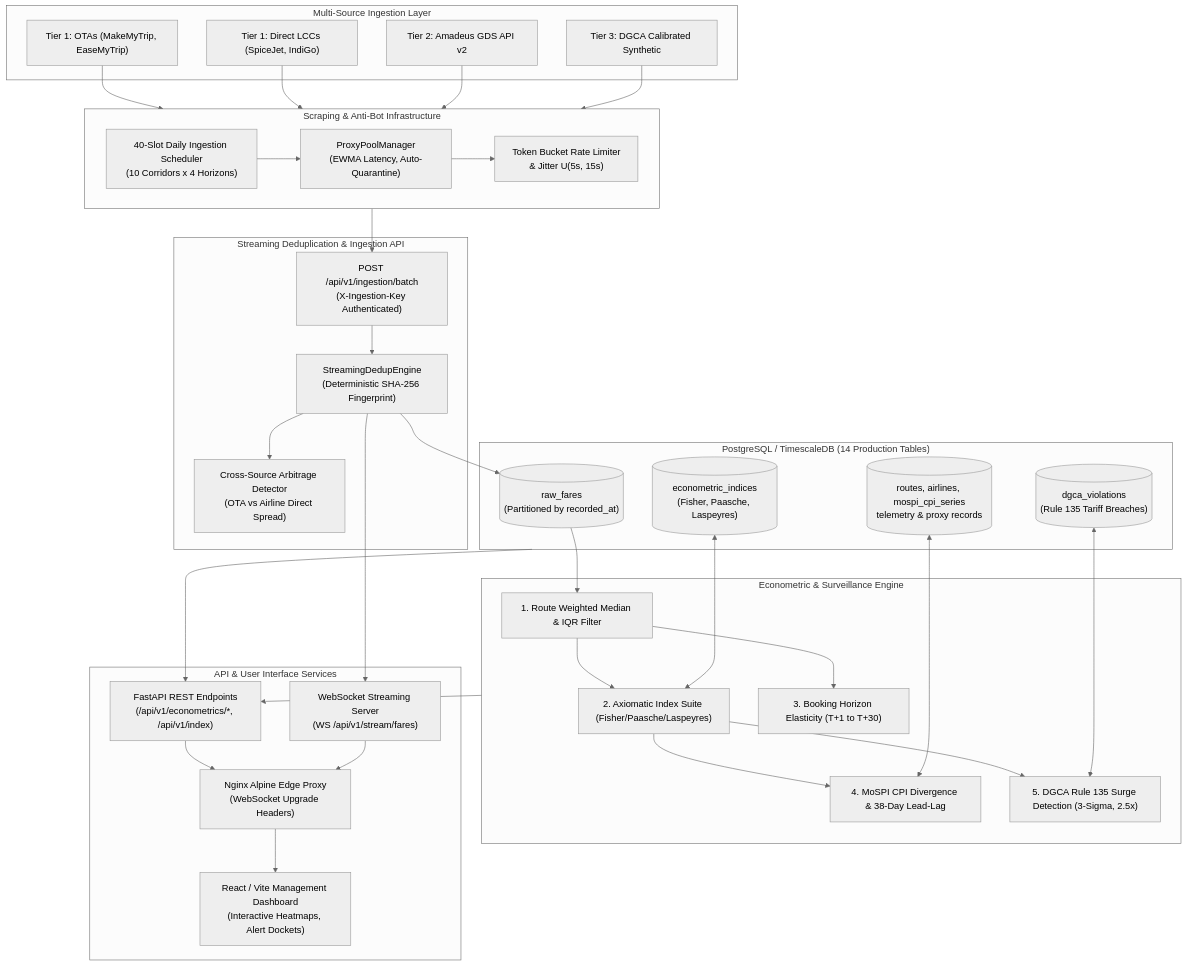
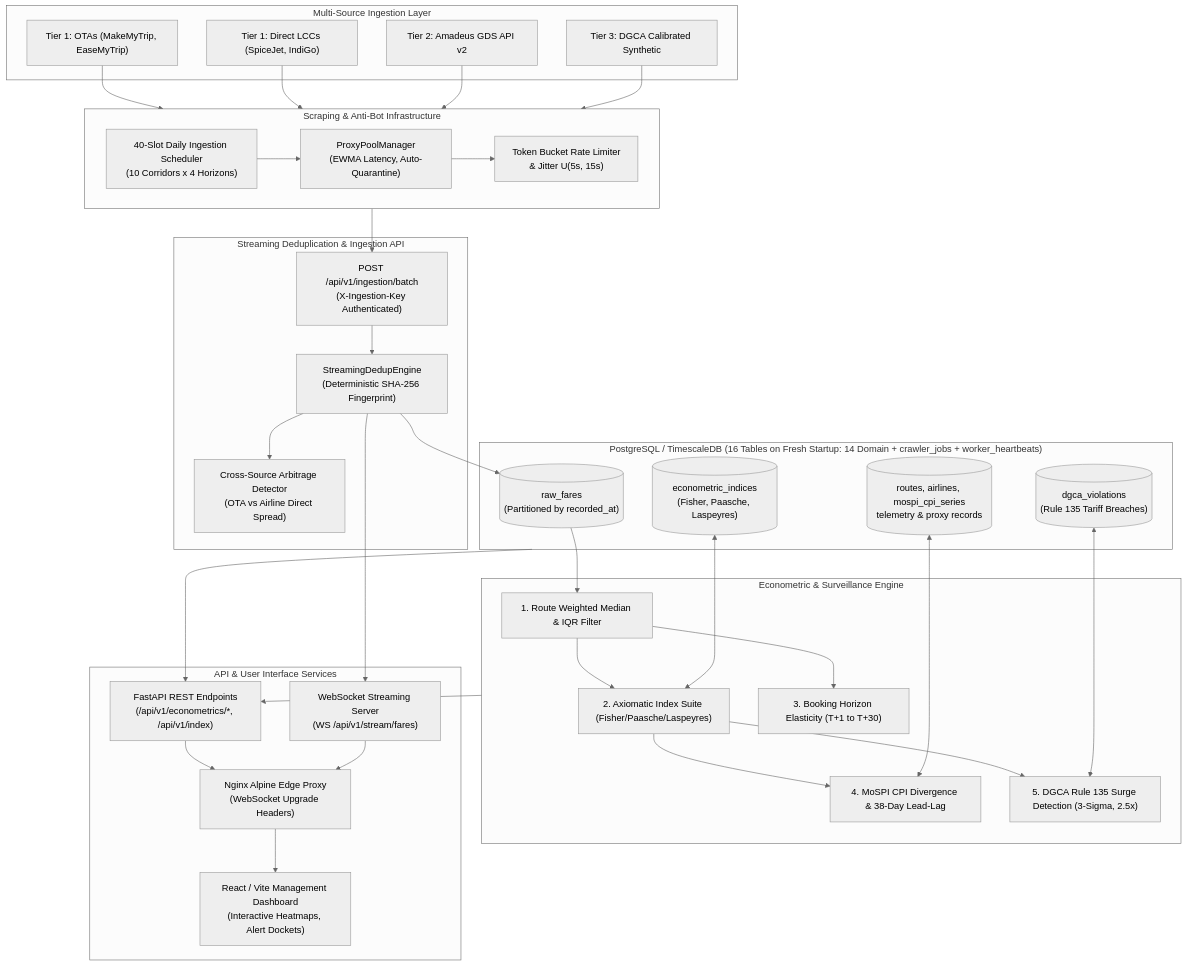
Before and after one commit to SameerKumar05/APIx: the first of 5 diagrams in docs/APIX_MASTER_SPECIFICATION.md, drawn with Mermaid (neutral theme). The commit also changed other lines of this file and 2 other files, not shown here.

````diff
--- a/docs/APIX_MASTER_SPECIFICATION.md
+++ b/docs/APIX_MASTER_SPECIFICATION.md
@@ -70,70 +70,70 @@
 ```mermaid
 flowchart TD
     subgraph IngestionSources ["Multi-Source Ingestion Layer"]
         OTA["Tier 1: OTAs (MakeMyTrip, EaseMyTrip)"]
         AIR["Tier 1: Direct LCCs (SpiceJet, IndiGo)"]
         GDS["Tier 2: Amadeus GDS API v2"]
         SYN["Tier 3: DGCA Calibrated Synthetic"]
     end
 
     subgraph ScrapingEngine ["Scraping & Anti-Bot Infrastructure"]
         SCHED["40-Slot Daily Ingestion Scheduler<br/>(10 Corridors x 4 Horizons)"]
         PROXY["ProxyPoolManager<br/>(EWMA Latency, Auto-Quarantine)"]
         RATELIM["Token Bucket Rate Limiter<br/>& Jitter U(5s, 15s)"]
         SCHED --> PROXY --> RATELIM
     end
 
     OTA --> ScrapingEngine
     AIR --> ScrapingEngine
     GDS --> ScrapingEngine
     SYN --> ScrapingEngine
 
     subgraph StreamingPipeline ["Streaming Deduplication & Ingestion API"]
         BATCH_API["POST /api/v1/ingestion/batch<br/>(X-Ingestion-Key Authenticated)"]
         DEDUP["StreamingDedupEngine<br/>(Deterministic SHA-256 Fingerprint)"]
         ARBITRAGE["Cross-Source Arbitrage Detector<br/>(OTA vs Airline Direct Spread)"]
         BATCH_API --> DEDUP --> ARBITRAGE
     end
 
     ScrapingEngine --> BATCH_API
 
-    subgraph StorageLayer ["PostgreSQL / TimescaleDB (14 Production Tables)"]
+    subgraph StorageLayer ["PostgreSQL / TimescaleDB (16 Tables on Fresh Startup: 14 Domain + crawler_jobs + worker_heartbeats)"]
         RAW[("raw_fares<br/>(Partitioned by recorded_at)")]
         ECON[("econometric_indices<br/>(Fisher, Paasche, Laspeyres)")]
         VIOL[("dgca_violations<br/>(Rule 135 Tariff Breaches)")]
         META[("routes, airlines, mospi_cpi_series<br/>telemetry & proxy records")]
     end
 
     DEDUP --> RAW
 
     subgraph EconometricEngine ["Econometric & Surveillance Engine"]
         REP["1. Route Weighted Median & IQR Filter"]
         SUPER["2. Axiomatic Index Suite (Fisher/Paasche/Laspeyres)"]
         ELAST["3. Booking Horizon Elasticity (T+1 to T+30)"]
         GAP["4. MoSPI CPI Divergence & 38-Day Lead-Lag"]
         RULE135["5. DGCA Rule 135 Surge Detection (3-Sigma, 2.5x)"]
         
         REP --> SUPER --> GAP
         REP --> ELAST
         SUPER --> RULE135
     end
 
     RAW --> REP
     ECON <--> SUPER
     VIOL <--> RULE135
     META <--> GAP
 
     subgraph DeliveryLayer ["API & User Interface Services"]
         REST["FastAPI REST Endpoints<br/>(/api/v1/econometrics/*, /api/v1/index)"]
         WS["WebSocket Streaming Server<br/>(WS /api/v1/stream/fares)"]
         DASH["React / Vite Management Dashboard<br/>(Interactive Heatmaps, Alert Dockets)"]
         NGINX["Nginx Alpine Edge Proxy<br/>(WebSocket Upgrade Headers)"]
     end
 
     StorageLayer --> REST
     EconometricEngine --> REST
     DEDUP --> WS
     REST --> NGINX
     WS --> NGINX
     NGINX --> DASH
 ```
````
